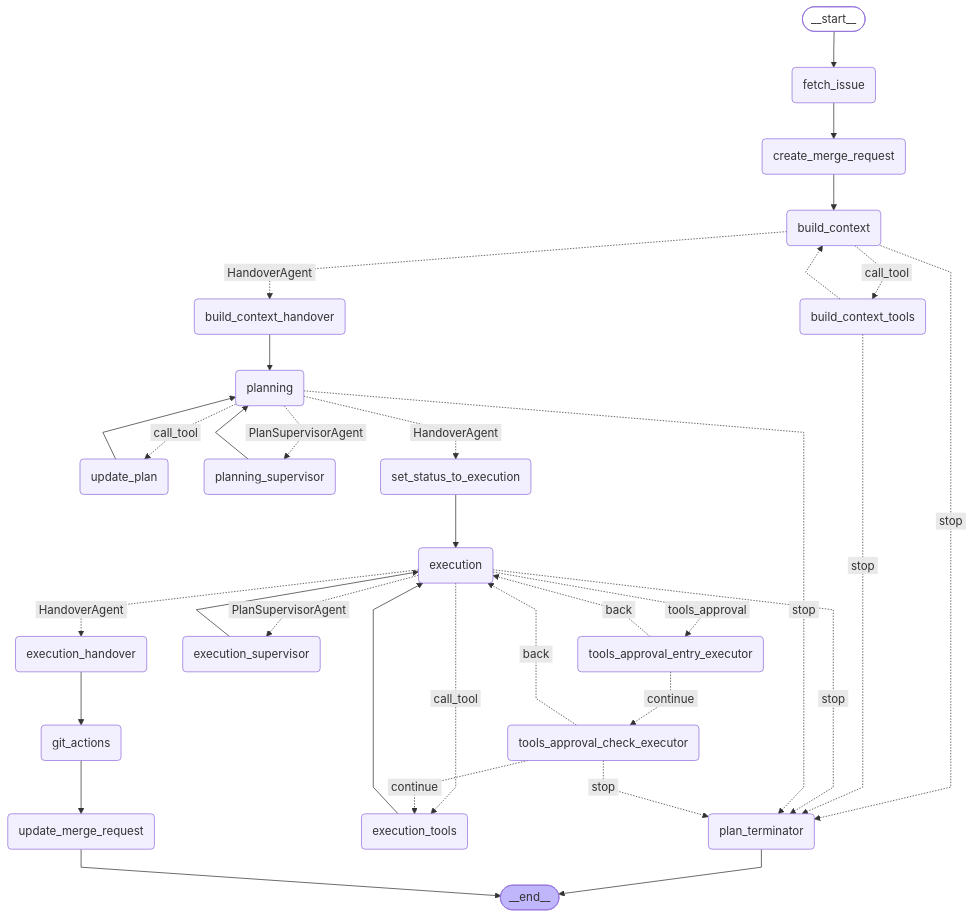
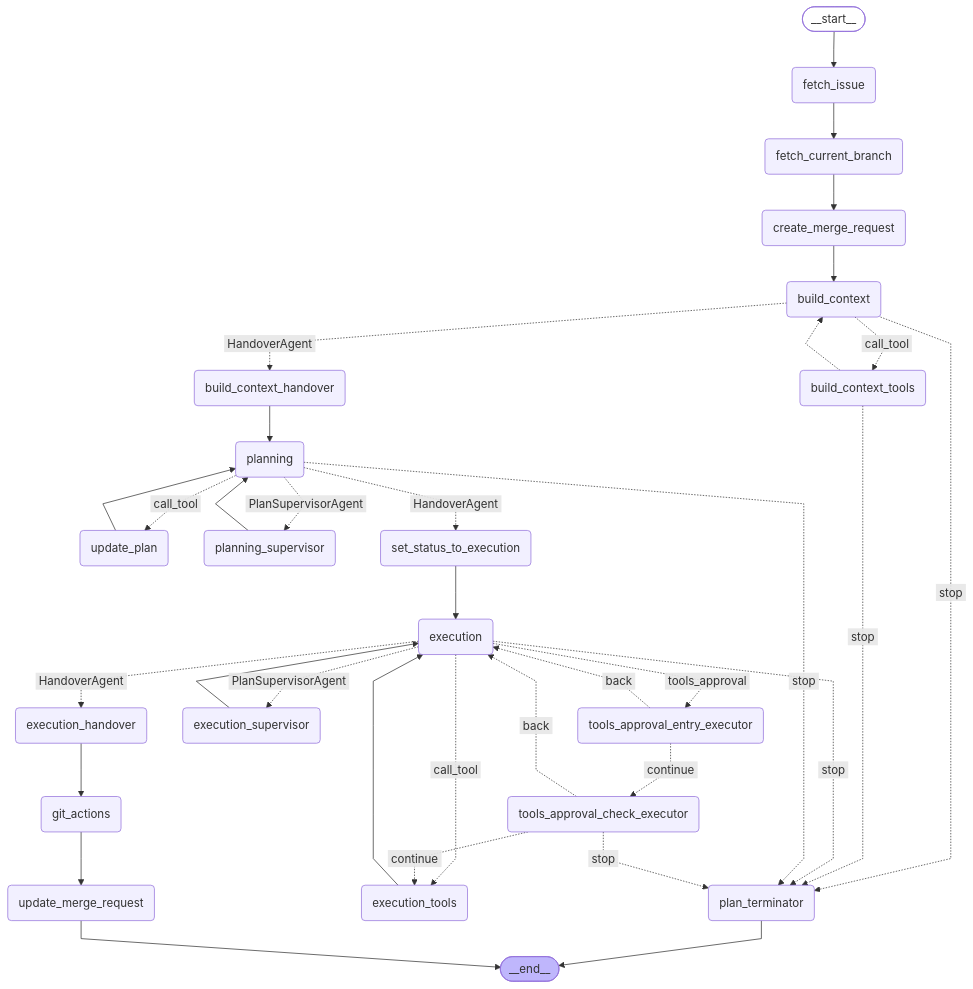
Before and after one commit to flyisland/ai-gateway: the fifth of 5 diagrams in docs/duo_workflow_service_graphs.md, drawn with Mermaid. The commit also changed 3 other files, not shown here.

````diff
--- a/docs/duo_workflow_service_graphs.md
+++ b/docs/duo_workflow_service_graphs.md
@@ -171,63 +171,65 @@
 ```mermaid
 ---
 config:
   flowchart:
     curve: linear
 ---
 graph TD;
     __start__([<p>__start__</p>]):::first
     fetch_issue(fetch_issue)
+    fetch_current_branch(fetch_current_branch)
     create_merge_request(create_merge_request)
     build_context(build_context)
     build_context_tools(build_context_tools)
     build_context_handover(build_context_handover)
     planning(planning)
     update_plan(update_plan)
     planning_supervisor(planning_supervisor)
     plan_terminator(plan_terminator)
     set_status_to_execution(set_status_to_execution)
     execution(execution)
     tools_approval_entry_executor(tools_approval_entry_executor)
     tools_approval_check_executor(tools_approval_check_executor)
     execution_tools(execution_tools)
     execution_supervisor(execution_supervisor)
     execution_handover(execution_handover)
     git_actions(git_actions)
     update_merge_request(update_merge_request)
     __end__([<p>__end__</p>]):::last
     __start__ --> fetch_issue;
     build_context -. &nbsp;HandoverAgent&nbsp; .-> build_context_handover;
     build_context -. &nbsp;call_tool&nbsp; .-> build_context_tools;
     build_context -. &nbsp;stop&nbsp; .-> plan_terminator;
     build_context_handover --> planning;
     build_context_tools -.-> build_context;
     build_context_tools -. &nbsp;stop&nbsp; .-> plan_terminator;
     create_merge_request --> build_context;
     execution -. &nbsp;HandoverAgent&nbsp; .-> execution_handover;
     execution -. &nbsp;PlanSupervisorAgent&nbsp; .-> execution_supervisor;
     execution -. &nbsp;call_tool&nbsp; .-> execution_tools;
     execution -. &nbsp;stop&nbsp; .-> plan_terminator;
     execution -. &nbsp;tools_approval&nbsp; .-> tools_approval_entry_executor;
     execution_handover --> git_actions;
     execution_supervisor --> execution;
     execution_tools --> execution;
-    fetch_issue --> create_merge_request;
+    fetch_current_branch --> create_merge_request;
+    fetch_issue --> fetch_current_branch;
     git_actions --> update_merge_request;
     planning -. &nbsp;stop&nbsp; .-> plan_terminator;
     planning -. &nbsp;PlanSupervisorAgent&nbsp; .-> planning_supervisor;
     planning -. &nbsp;HandoverAgent&nbsp; .-> set_status_to_execution;
     planning -. &nbsp;call_tool&nbsp; .-> update_plan;
     planning_supervisor --> planning;
     set_status_to_execution --> execution;
     tools_approval_check_executor -. &nbsp;back&nbsp; .-> execution;
     tools_approval_check_executor -. &nbsp;continue&nbsp; .-> execution_tools;
     tools_approval_check_executor -. &nbsp;stop&nbsp; .-> plan_terminator;
     tools_approval_entry_executor -. &nbsp;back&nbsp; .-> execution;
     tools_approval_entry_executor -. &nbsp;continue&nbsp; .-> tools_approval_check_executor;
     update_plan --> planning;
     plan_terminator --> __end__;
     update_merge_request --> __end__;
     classDef default fill:#f2f0ff,line-height:1.2
     classDef first fill-opacity:0
     classDef last fill:#bfb6fc
 ```
````
